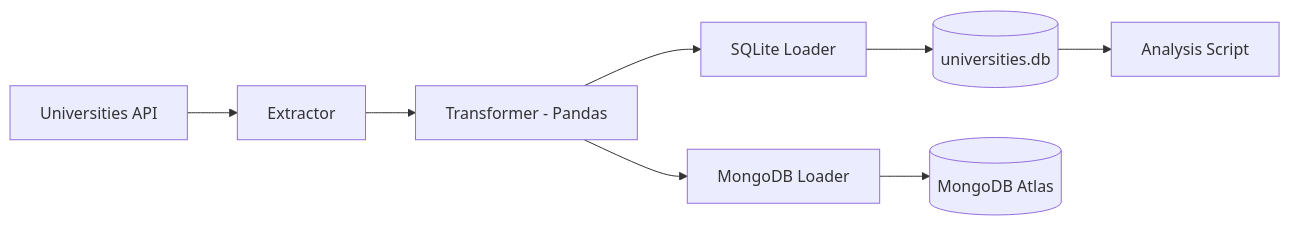
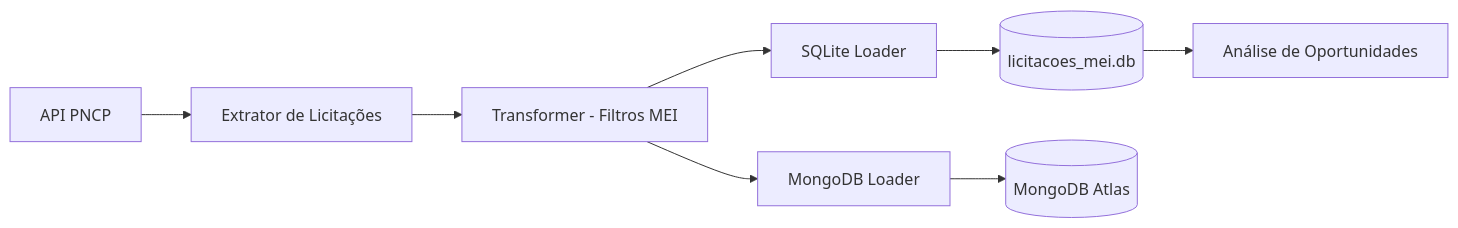
The diagram in README.md (gabrielfariaxs/Eng.-Dados), drawn with Mermaid before and after one commit. The commit also changed other lines of this file and 5 other files, not shown here.

Commit message:
Refactor: Transition to LicitaMEI Data Pipeline (PNCP API) and professional README update

````diff
--- a/README.md
+++ b/README.md
@@ -22,10 +25,10 @@
 ```mermaid
 graph LR
-    API[Universities API] --> EXT[Extractor]
-    EXT --> TRF[Transformer - Pandas]
+    PNCP[API PNCP] --> EXT[Extrator de Licitações]
+    EXT --> TRF[Transformer - Filtros MEI]
     TRF --> LD_SQL[SQLite Loader]
     TRF --> LD_MGO[MongoDB Loader]
-    LD_SQL --> DB_SQL[(universities.db)]
+    LD_SQL --> DB_SQL[(licitacoes_mei.db)]
     LD_MGO --> DB_MGO[(MongoDB Atlas)]
-    DB_SQL --> ANA[Analysis Script]
+    DB_SQL --> ANA[Análise de Oportunidades]
 ```
````
